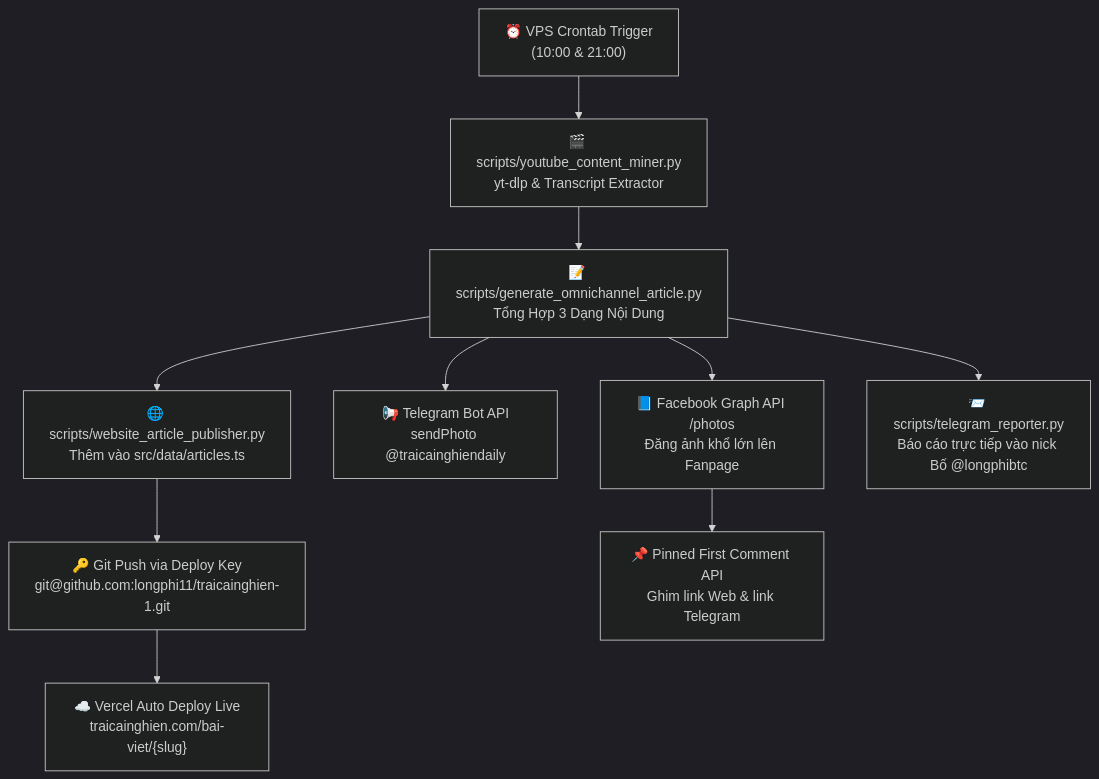
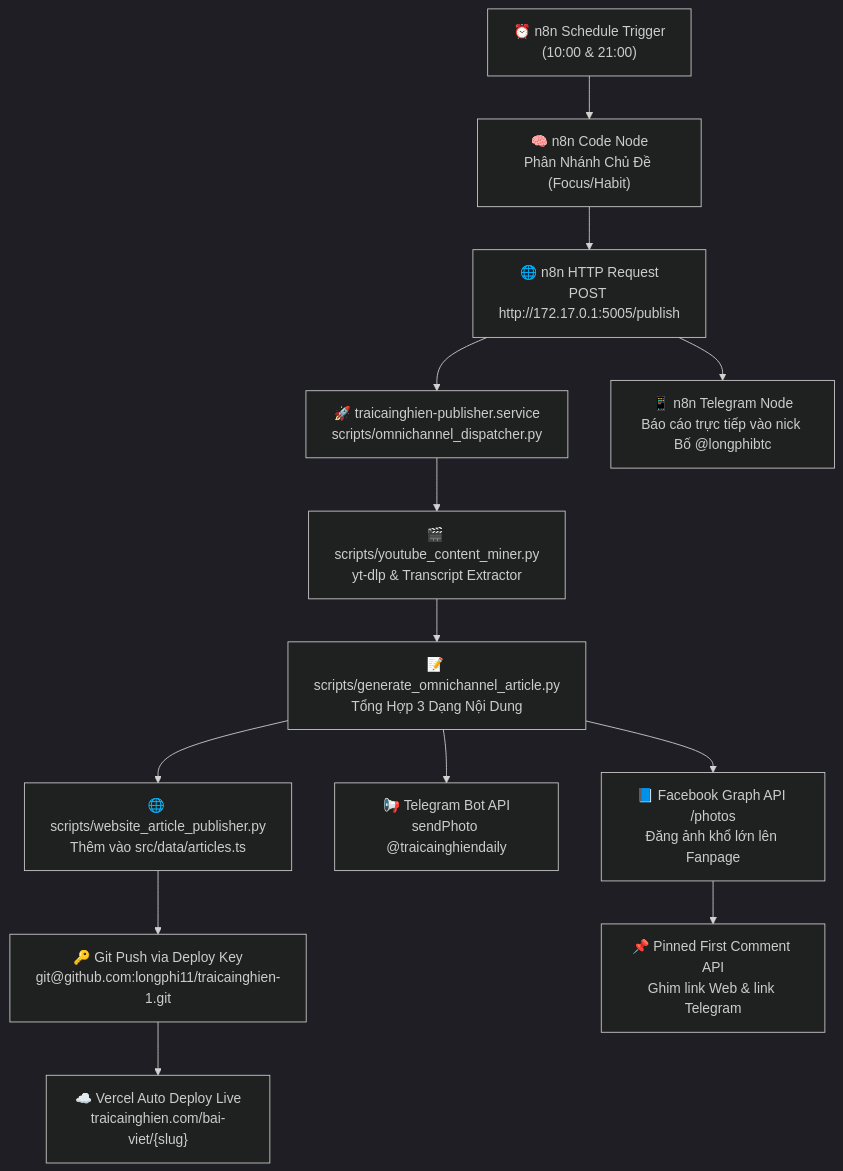
The diagram in docs/automation-flows/flow_03_omnichannel_publishing_engine.md (longphi11/traicainghien-1), drawn with Mermaid (dark theme) before and after one commit. The commit also changed other lines of this file, not shown here.

Commit message:
docs: update flow 03 spec with n8n orchestration details

````diff
--- a/docs/automation-flows/flow_03_omnichannel_publishing_engine.md
+++ b/docs/automation-flows/flow_03_omnichannel_publishing_engine.md
@@ -50,16 +49,20 @@
 ```mermaid
 flowchart TD
-    A["⏰ VPS Crontab Trigger\n(10:00 & 21:00)"] --> B["🎬 scripts/youtube_content_miner.py\nyt-dlp & Transcript Extractor"]
-    B --> C["📝 scripts/generate_omnichannel_article.py\nTổng Hợp 3 Dạng Nội Dung"]
+    A["⏰ n8n Schedule Trigger\n(10:00 & 21:00)"] --> B["🧠 n8n Code Node\nPhân Nhánh Chủ Đề (Focus/Habit)"]
+    B --> C["🌐 n8n HTTP Request\nPOST http://172.17.0.1:5005/publish"]
     
-    C --> D1["🌐 scripts/website_article_publisher.py\nThêm vào src/data/articles.ts"]
-    D1 --> D2["🔑 Git Push via Deploy Key\ngit@github.com:longphi11/traicainghien-1.git"]
-    D2 --> D3["☁️ Vercel Auto Deploy Live\ntraicainghien.com/bai-viet/{slug}"]
+    C --> D["🚀 traicainghien-publisher.service\nscripts/omnichannel_dispatcher.py"]
+    D --> E1["🎬 scripts/youtube_content_miner.py\nyt-dlp & Transcript Extractor"]
+    E1 --> E2["📝 scripts/generate_omnichannel_article.py\nTổng Hợp 3 Dạng Nội Dung"]
     
-    C --> E1["📢 Telegram Bot API\nsendPhoto @traicainghiendaily"]
+    E2 --> F1["🌐 scripts/website_article_publisher.py\nThêm vào src/data/articles.ts"]
+    F1 --> F2["🔑 Git Push via Deploy Key\ngit@github.com:longphi11/traicainghien-1.git"]
+    F2 --> F3["☁️ Vercel Auto Deploy Live\ntraicainghien.com/bai-viet/{slug}"]
     
-    C --> F1["📘 Facebook Graph API /photos\nĐăng ảnh khổ lớn lên Fanpage"]
-    F1 --> F2["📌 Pinned First Comment API\nGhim link Web & link Telegram"]
+    E2 --> G1["📢 Telegram Bot API\nsendPhoto @traicainghiendaily"]
     
-    C --> G1["📨 scripts/telegram_reporter.py\nBáo cáo trực tiếp vào nick Bố @longphibtc"]
+    E2 --> H1["📘 Facebook Graph API /photos\nĐăng ảnh khổ lớn lên Fanpage"]
+    H1 --> H2["📌 Pinned First Comment API\nGhim link Web & link Telegram"]
+    
+    C --> I["📱 n8n Telegram Node\nBáo cáo trực tiếp vào nick Bố @longphibtc"]
 ```
````
